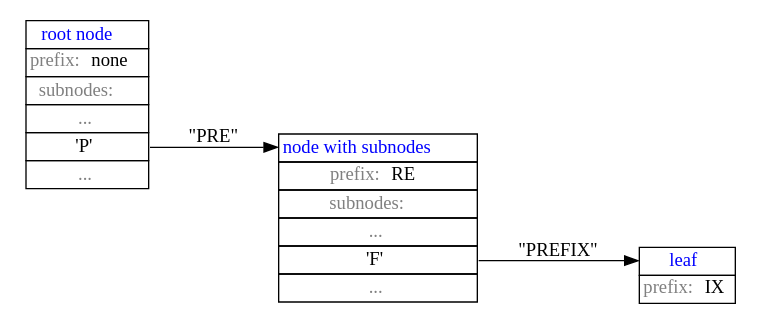
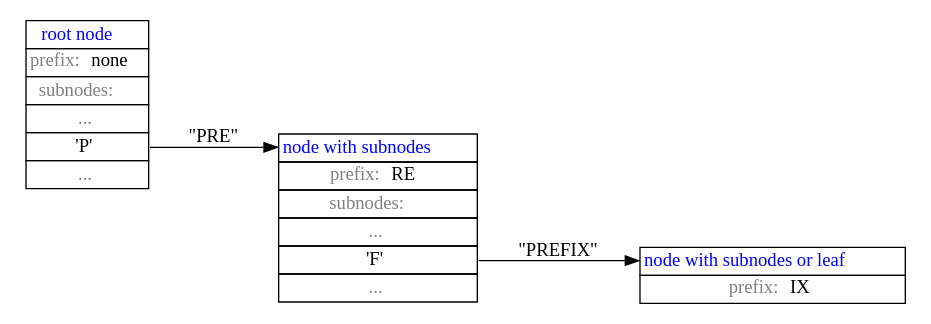
Before and after one commit to vmxdev/tkvdb: the diagram in docs/intr_put3.gv, drawn with Graphviz. The commit also changed 1 other file, not shown here.

Commit message:
Fix INTERNALS.md again, more correct node image

```diff
--- a/docs/intr_put3.gv
+++ b/docs/intr_put3.gv
@@ -1,36 +1,36 @@
 digraph G
 {
 	rankdir = LR;
 	node1 [
 		shape = none
 		label = <<table border="0" cellspacing="0">
 			<tr><td port="port1" border="1"><font color="blue">root node</font></td></tr>
 			<tr><td port="port2" border="1"><font color="gray">prefix:</font> none</td></tr>
 			<tr><td port="port3" border="1"><font color="gray">subnodes:</font></td></tr>
 			<tr><td port="port4" border="1"><font color="gray">...</font></td></tr>
 			<tr><td port="port5" border="1">'P'</td></tr>
 			<tr><td port="port6" border="1"><font color="gray">...</font></td></tr>
 		</table>>
 	]
 	node2 [
 		shape = none
 		label = <<table border="0" cellspacing="0">
 			<tr><td port="port1" border="1"><font color="blue">node with subnodes</font></td></tr>
 			<tr><td port="port2" border="1"><font color="gray">prefix:</font> RE</td></tr>
 			<tr><td port="port3" border="1"><font color="gray">subnodes:</font></td></tr>
 			<tr><td port="port4" border="1"><font color="gray">...</font></td></tr>
 			<tr><td port="port5" border="1">'F'</td></tr>
 			<tr><td port="port6" border="1"><font color="gray">...</font></td></tr>
 		</table>>
 	]
 	node3 [
 		shape = none
 		label = <<table border="0" cellspacing="0">
-			<tr><td port="port1" border="1"><font color="blue">leaf</font></td></tr>
+			<tr><td port="port1" border="1"><font color="blue">node with subnodes or leaf</font></td></tr>
 			<tr><td port="port2" border="1"><font color="gray">prefix:</font> IX</td></tr>
 		</table>>
 	]
 
 	node1:port5 -> node2:port1 [label="\"PRE\""]
 	node2:port5 -> node3:port1 [label="\"PREFIX\""]
 }
```
